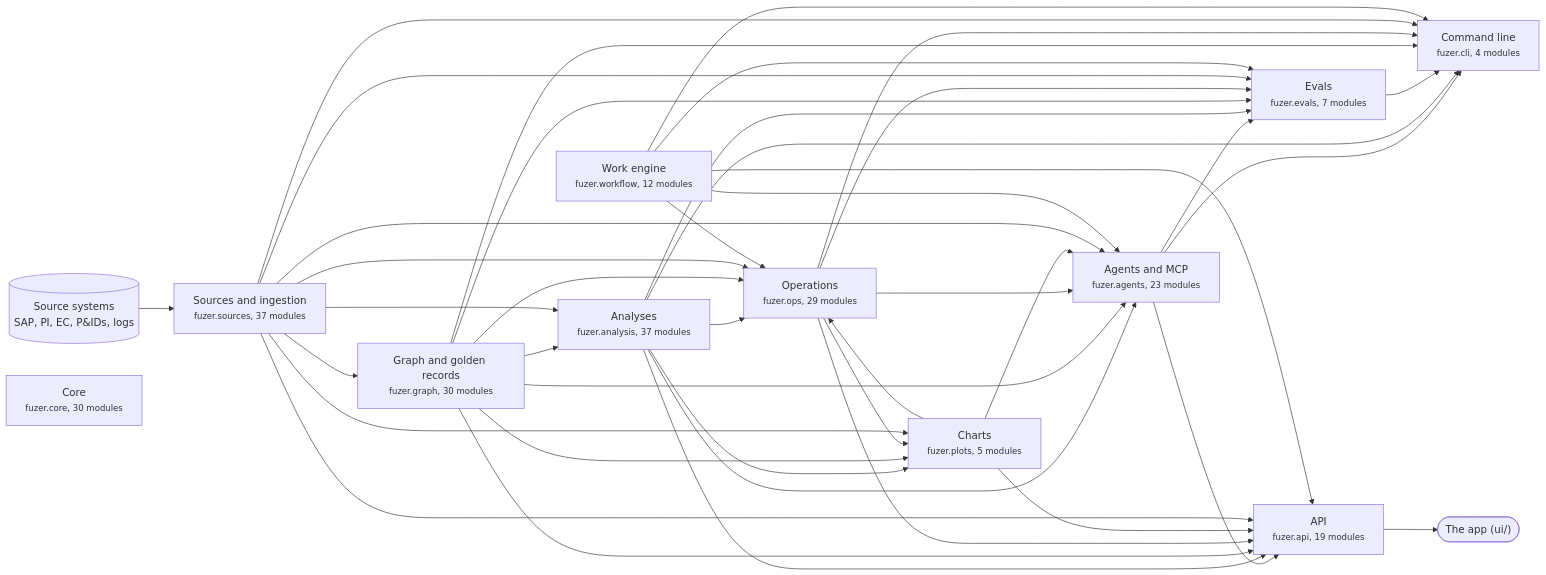
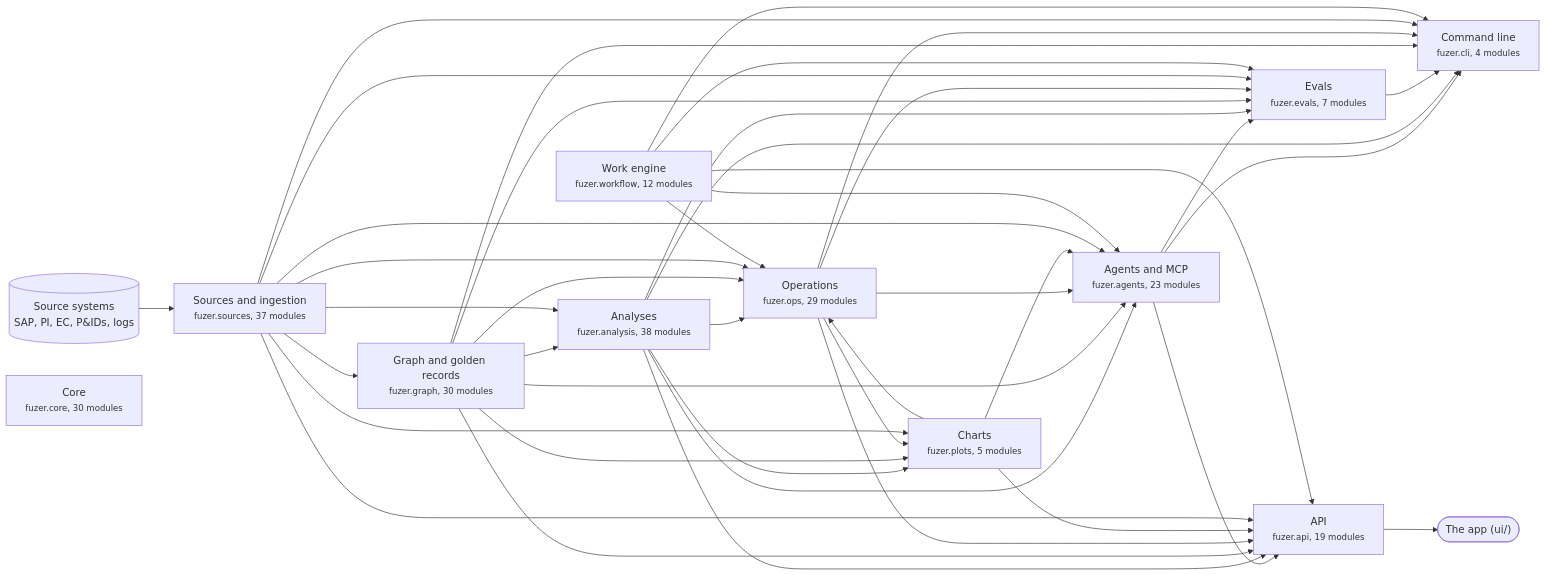
The first of 3 diagrams in docs/architecture.md (areed145/fuzer), drawn with Mermaid before and after one commit. The commit also changed other lines of this file and 16 other files, not shown here.

````diff
--- a/docs/architecture.md
+++ b/docs/architecture.md
@@ -8,66 +8,66 @@
 ```mermaid
 flowchart LR
   systems[("Source systems<br>SAP, PI, EC, P&IDs, logs")] --> c_sources
   app(["The app (ui/)"])
   c_api --> app
   c_sources["Sources and ingestion<br><small>fuzer.sources, 37 modules</small>"]
   c_graph["Graph and golden records<br><small>fuzer.graph, 30 modules</small>"]
-  c_analysis["Analyses<br><small>fuzer.analysis, 37 modules</small>"]
+  c_analysis["Analyses<br><small>fuzer.analysis, 38 modules</small>"]
   c_ops["Operations<br><small>fuzer.ops, 29 modules</small>"]
   c_plots["Charts<br><small>fuzer.plots, 5 modules</small>"]
   c_workflow["Work engine<br><small>fuzer.workflow, 12 modules</small>"]
   c_agents["Agents and MCP<br><small>fuzer.agents, 23 modules</small>"]
   c_evals["Evals<br><small>fuzer.evals, 7 modules</small>"]
   c_api["API<br><small>fuzer.api, 19 modules</small>"]
   c_cli["Command line<br><small>fuzer.cli, 4 modules</small>"]
   c_core["Core<br><small>fuzer.core, 30 modules</small>"]
   c_sources --> c_graph
   c_graph --> c_analysis
   c_sources --> c_analysis
   c_analysis --> c_ops
   c_graph --> c_ops
   c_plots --> c_ops
   c_sources --> c_ops
   c_workflow --> c_ops
   c_analysis --> c_plots
   c_graph --> c_plots
   c_ops --> c_plots
   c_sources --> c_plots
   c_analysis --> c_agents
   c_graph --> c_agents
   c_ops --> c_agents
   c_plots --> c_agents
   c_sources --> c_agents
   c_workflow --> c_agents
   c_agents --> c_evals
   c_analysis --> c_evals
   c_graph --> c_evals
   c_ops --> c_evals
   c_sources --> c_evals
   c_workflow --> c_evals
   c_agents --> c_api
   c_analysis --> c_api
   c_graph --> c_api
   c_ops --> c_api
   c_plots --> c_api
   c_sources --> c_api
   c_workflow --> c_api
   c_agents --> c_cli
   c_analysis --> c_cli
   c_evals --> c_cli
   c_graph --> c_cli
   c_ops --> c_cli
   c_sources --> c_cli
   c_workflow --> c_cli
   click c_sources "https://github.com/areed145/fuzer/tree/main/src/fuzer/sources"
   click c_graph "https://github.com/areed145/fuzer/tree/main/src/fuzer/graph"
   click c_analysis "https://github.com/areed145/fuzer/tree/main/src/fuzer/analysis"
   click c_ops "https://github.com/areed145/fuzer/tree/main/src/fuzer/ops"
   click c_plots "https://github.com/areed145/fuzer/tree/main/src/fuzer/plots"
   click c_workflow "https://github.com/areed145/fuzer/tree/main/src/fuzer/workflow"
   click c_agents "https://github.com/areed145/fuzer/tree/main/src/fuzer/agents"
   click c_evals "https://github.com/areed145/fuzer/tree/main/src/fuzer/evals"
   click c_api "https://github.com/areed145/fuzer/tree/main/src/fuzer/api"
   click c_cli "https://github.com/areed145/fuzer/tree/main/src/fuzer/cli"
   click c_core "https://github.com/areed145/fuzer/tree/main/src/fuzer/core"
 ```
````
